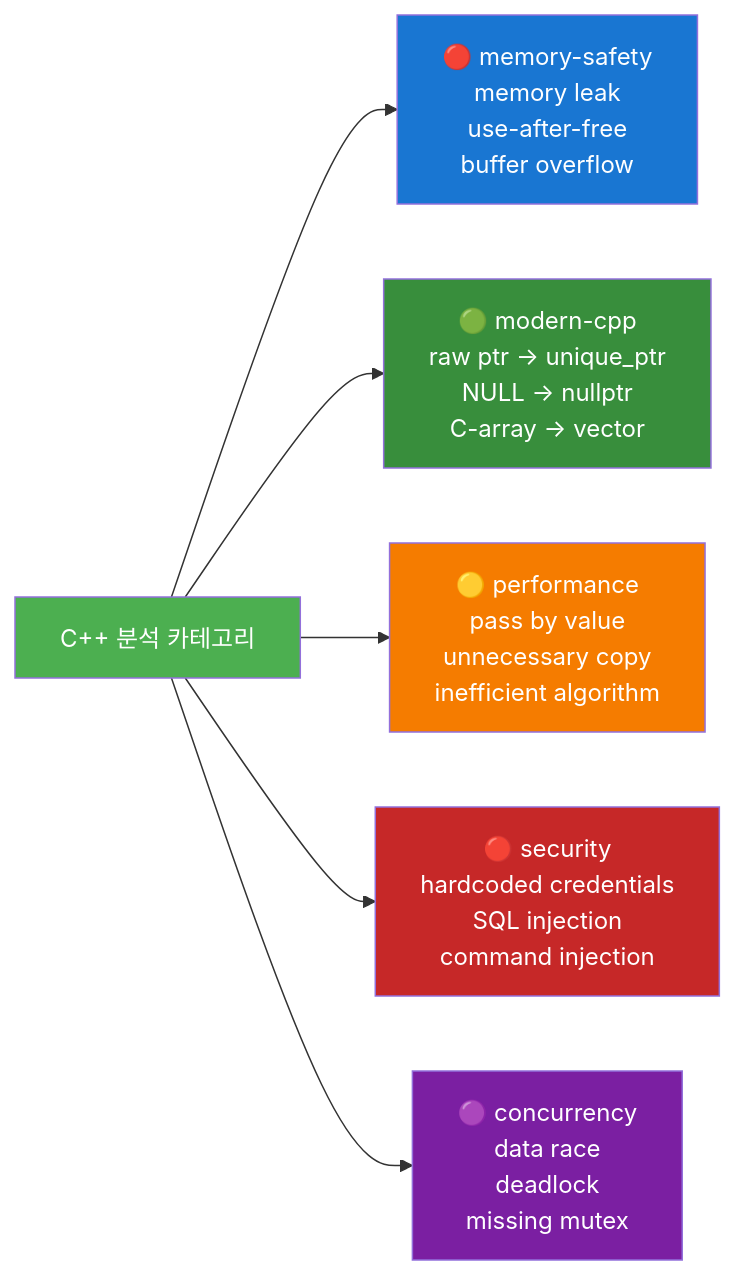
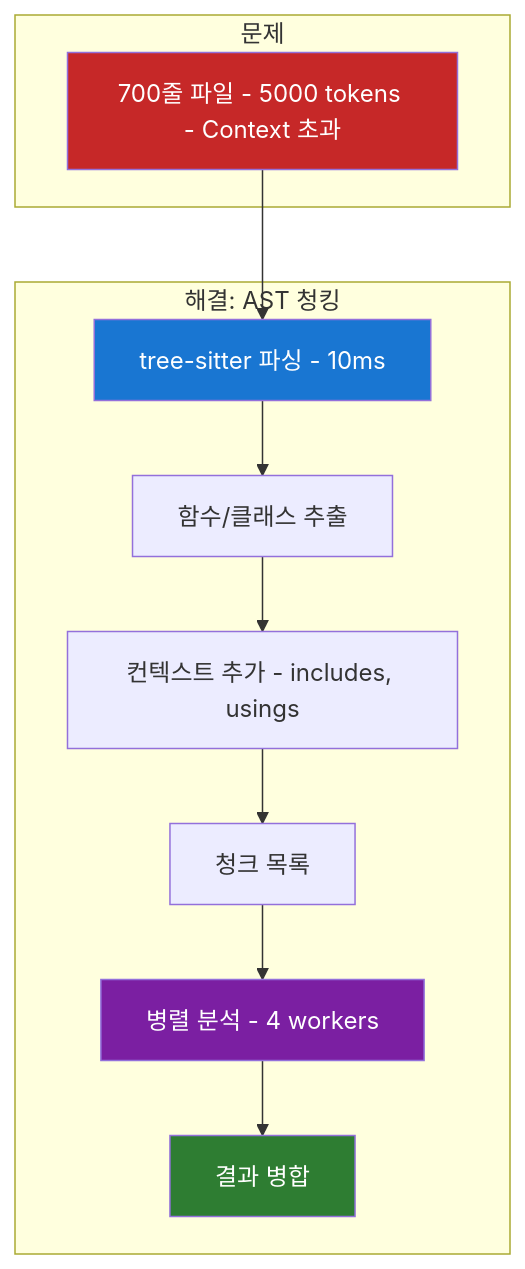
Before and after one commit to ApeachM/llm-code-reviewer: diagram 16 of 32 in PRESENTATION.md, drawn with Mermaid. The commit also changed other lines of this file and 1 other file, not shown here.

First line of the commit message:
docs: Expand "CLAUDE.md" with linting and formatting guidelines, architecture updates, and technique details

````diff
--- a/PRESENTATION.md
+++ b/PRESENTATION.md
@@ -1025,17 +715,20 @@
 ```mermaid
-graph LR
-    Categories[C++ 분석 카테고리]
+graph TB
+    subgraph "문제"
+        Problem[700줄 파일 - 5000 tokens - Context 초과]
+    end
 
-    Categories --> C1[🔴 memory-safety<br/>memory leak<br/>use-after-free<br/>buffer overflow]
-    Categories --> C2[🟢 modern-cpp<br/>raw ptr → unique_ptr<br/>NULL → nullptr<br/>C-array → vector]
-    Categories --> C3[🟡 performance<br/>pass by value<br/>unnecessary copy<br/>inefficient algorithm]
-    Categories --> C4[🔴 security<br/>hardcoded credentials<br/>SQL injection<br/>command injection]
-    Categories --> C5[🟣 concurrency<br/>data race<br/>deadlock<br/>missing mutex]
+    subgraph "해결: AST 청킹"
+        Problem --> Parse[tree-sitter 파싱 - 10ms]
+        Parse --> Extract[함수/클래스 추출]
+        Extract --> Context[컨텍스트 추가 - includes, usings]
+        Context --> Chunks[청크 목록]
+        Chunks --> Parallel[병렬 분석 - 4 workers]
+        Parallel --> Merge[결과 병합]
+    end
 
-    style Categories fill:#4caf50,color:#fff
-    style C1 fill:#1976d2,color:#fff
-    style C2 fill:#388e3c,color:#fff
-    style C3 fill:#f57c00,color:#fff
-    style C4 fill:#c62828,color:#fff
-    style C5 fill:#7b1fa2,color:#fff
+    style Problem fill:#c62828,color:#fff
+    style Parse fill:#1976d2,color:#fff
+    style Parallel fill:#7b1fa2,color:#fff
+    style Merge fill:#2e7d32,color:#fff
 ```
````
